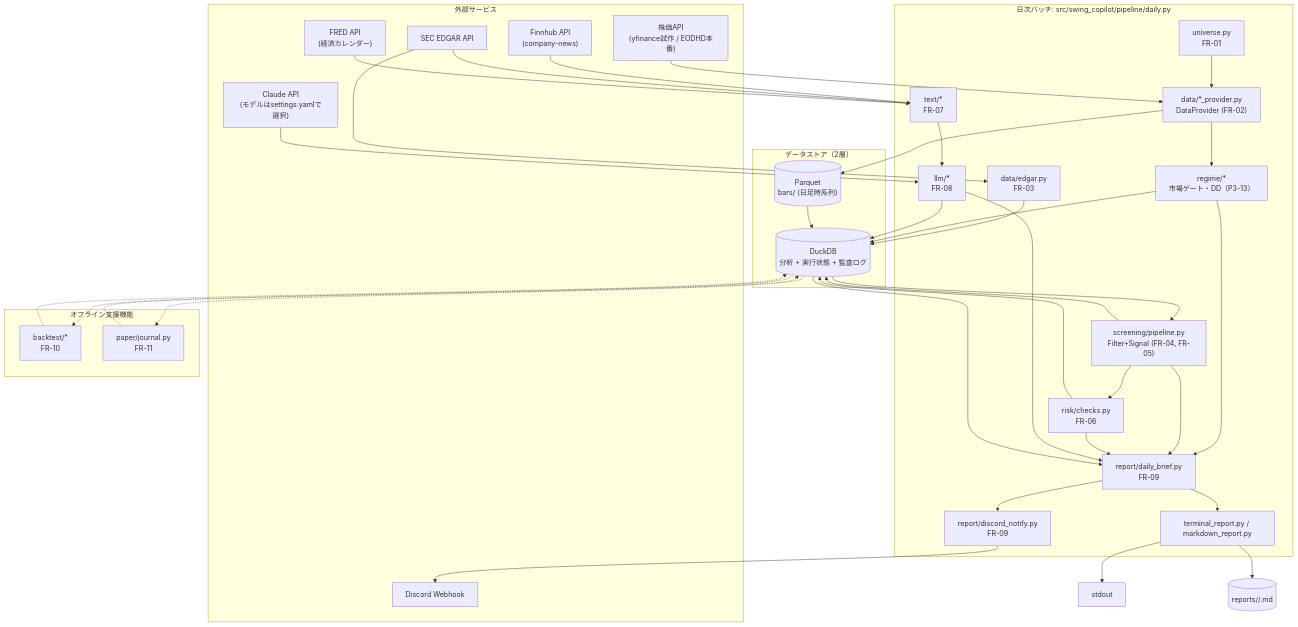
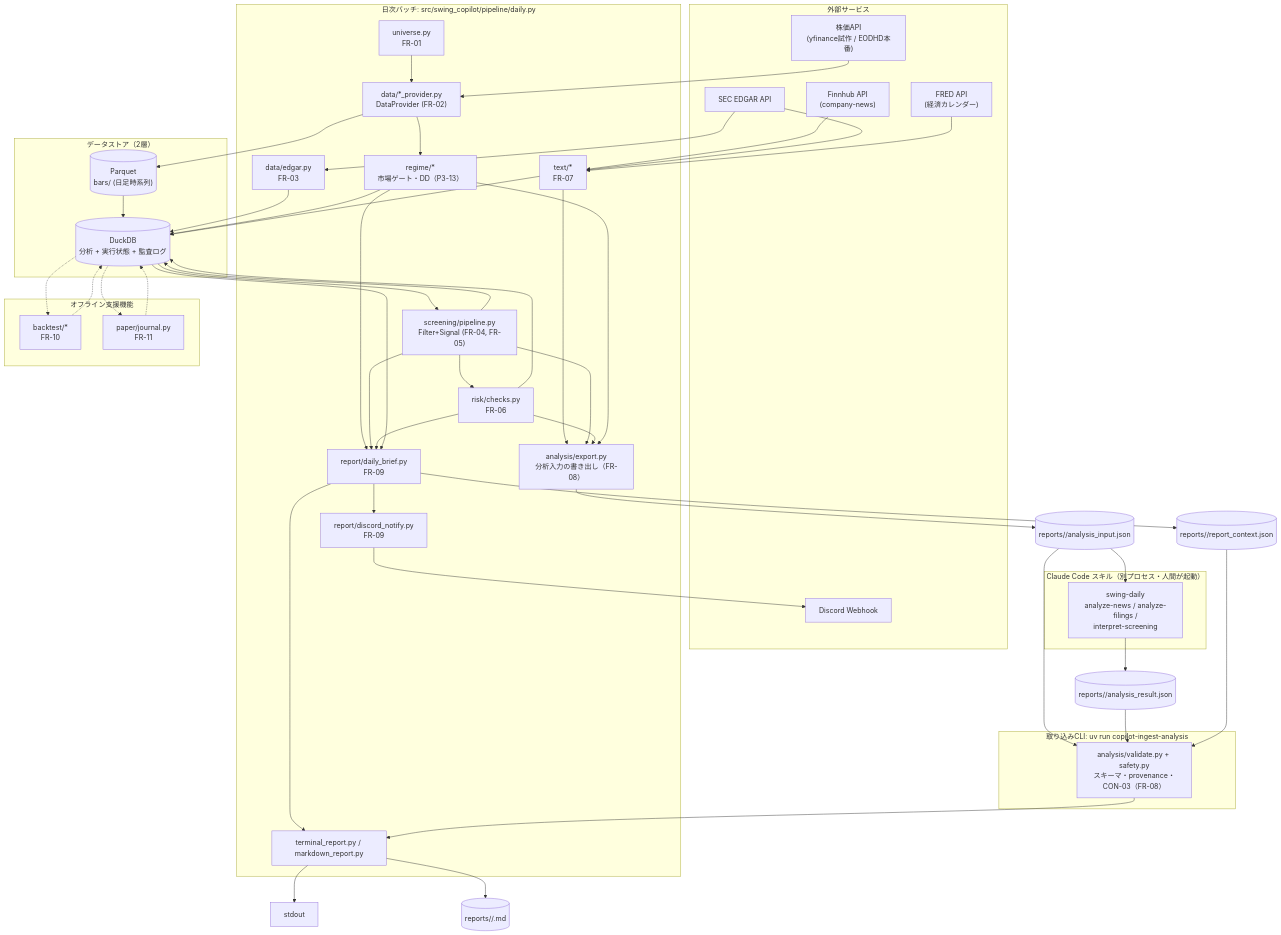
The first of 3 diagrams in docs/03_basic_design.md (tomada1114/swing-copilot), drawn with Mermaid before and after one commit. The commit also changed other lines of this file and 75 other files, not shown here.

First line of the commit message:
feat(analysis): LLM API統合をClaude Codeスキル連携の境界へ移行 (#53)

```diff
--- a/docs/03_basic_design.md
+++ b/docs/03_basic_design.md
@@ -39,8 +39,11 @@
         EDGARAPI["SEC EDGAR API"]
         FH["Finnhub API<br/>(company-news)"]
         FRED["FRED API<br/>(経済カレンダー)"]
-        CLAUDE["Claude API<br/>(モデルはsettings.yamlで選択)"]
         DISCORD["Discord Webhook"]
+    end
+
+    subgraph Skills["Claude Code スキル（別プロセス・人間が起動）"]
+        SKILL["swing-daily<br/>analyze-news / analyze-filings /<br/>interpret-screening"]
     end
 
     subgraph Batch["日次バッチ: src/swing_copilot/pipeline/daily.py"]
@@ -51,10 +54,14 @@
         REG["regime/*<br/>市場ゲート・DD（P3-13）"]
         RISK["risk/checks.py<br/>FR-06"]
         TXT["text/*<br/>FR-07"]
-        LLM["llm/*<br/>FR-08"]
+        EXPORT["analysis/export.py<br/>分析入力の書き出し（FR-08）"]
         BRIEF["report/daily_brief.py<br/>FR-09"]
         OUT["terminal_report.py / markdown_report.py"]
         NOTIFY["report/discord_notify.py<br/>FR-09"]
+    end
+
+    subgraph Ingest["取り込みCLI: uv run copilot-ingest-analysis"]
+        VALIDATE["analysis/validate.py + safety.py<br/>スキーマ・provenance・CON-03（FR-08）"]
     end
 
     subgraph Offline["オフライン支援機能"]
@@ -83,18 +90,28 @@
     FH --> TXT
     EDGARAPI --> TXT
     FRED --> TXT
-    TXT --> LLM
-    CLAUDE --> LLM
-    LLM --> DUCKDB
+    TXT --> DUCKDB
+    TXT --> EXPORT
+    SCR --> EXPORT
+    RISK --> EXPORT
+    REG --> EXPORT
+    EXPORT --> AIN[("reports/<date>/analysis_input.json")]
     SCR --> BRIEF
     RISK --> BRIEF
-    LLM --> BRIEF
     DUCKDB --> BRIEF
     BRIEF --> OUT
+    BRIEF --> RCTX[("reports/<date>/report_context.json")]
     OUT --> STDOUT["stdout"]
     OUT --> MDOUT[("reports/<date>/<run_id>.md")]
     BRIEF --> NOTIFY
     NOTIFY --> DISCORD
+
+    AIN --> SKILL
+    SKILL --> ARES[("reports/<date>/analysis_result.json")]
+    AIN --> VALIDATE
+    ARES --> VALIDATE
+    RCTX --> VALIDATE
+    VALIDATE --> OUT
 
     DUCKDB -.-> BT
     BT -.-> DUCKDB
```
